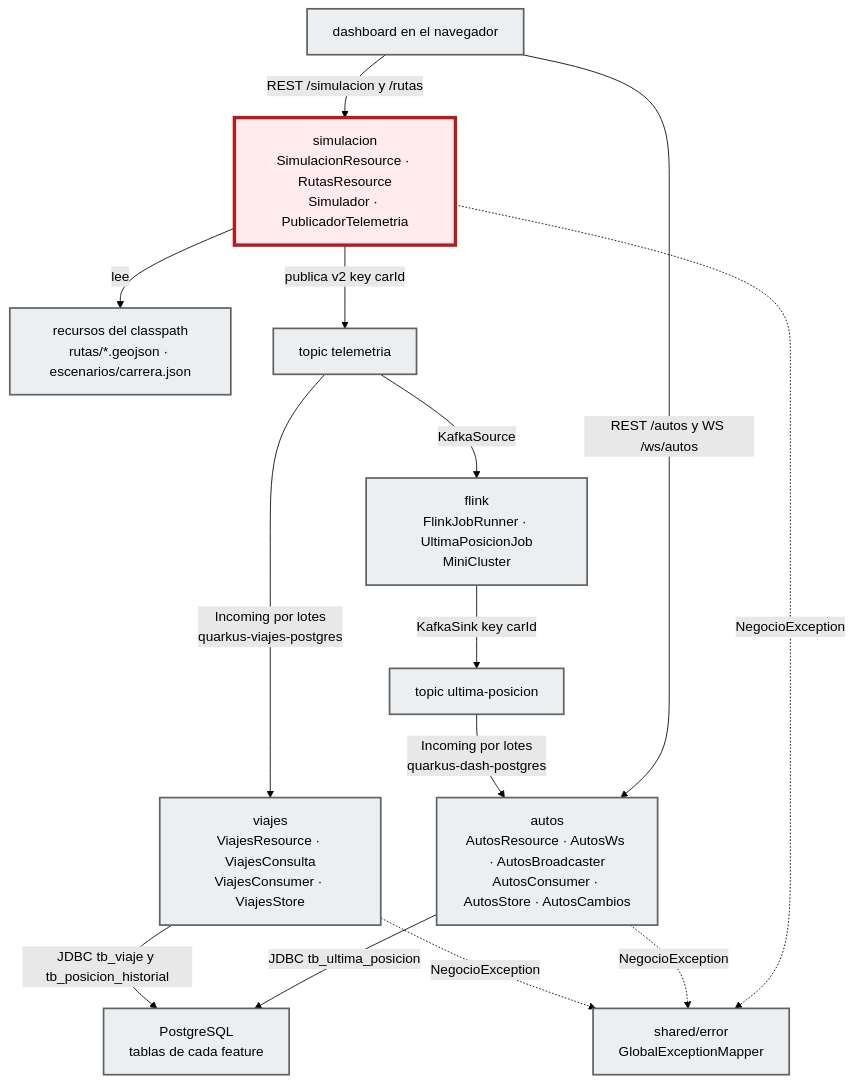
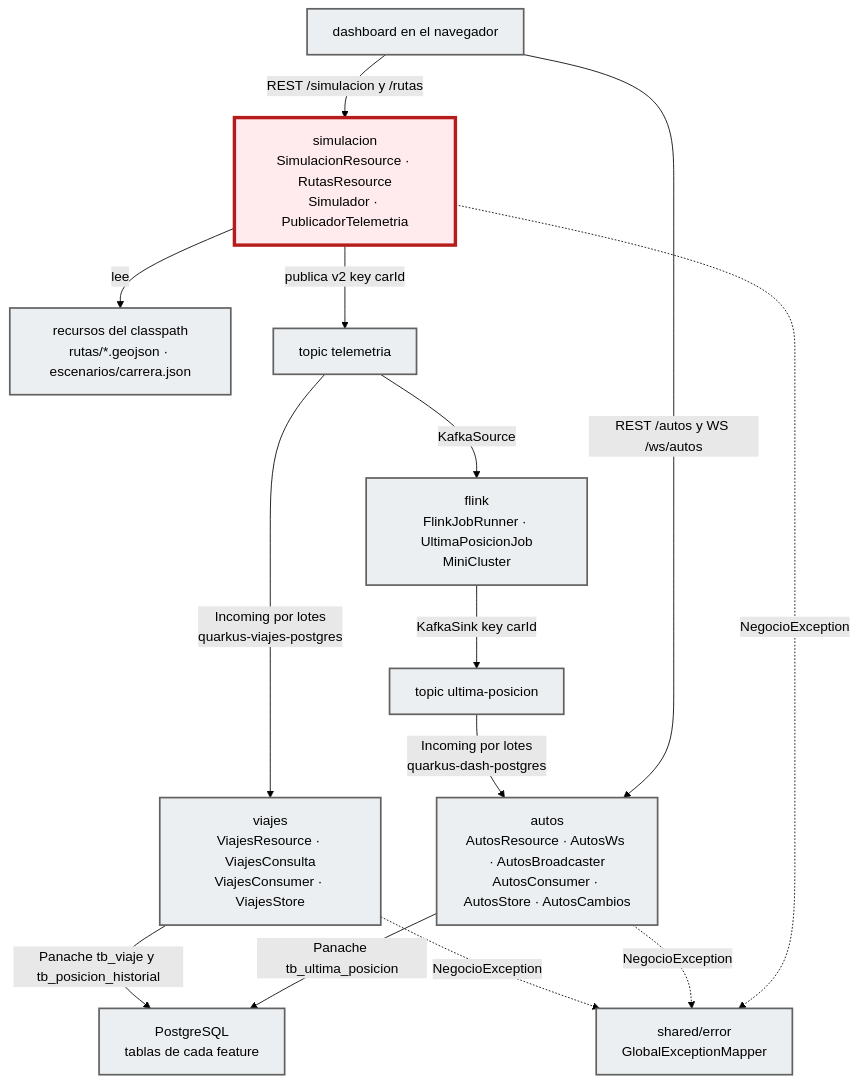
Before and after one commit to devbryan02/telemetry-flink-quarkus: the first of 7 diagrams in docs/c4/component.md, drawn with Mermaid (forest theme). The commit also changed other lines of this file and 5 other files, not shown here.

````diff
--- a/docs/c4/component.md
+++ b/docs/c4/component.md
@@ -42,30 +42,30 @@
 ```mermaid
 flowchart TB
   web["dashboard en el navegador"]
   sim["simulacion<br/>SimulacionResource · RutasResource<br/>Simulador · PublicadorTelemetria"]
   rec["recursos del classpath<br/>rutas/*.geojson · escenarios/carrera.json"]
   tel["topic telemetria"]
   flink["flink<br/>FlinkJobRunner · UltimaPosicionJob<br/>MiniCluster"]
   up["topic ultima-posicion"]
   autos["autos<br/>AutosResource · AutosWs · AutosBroadcaster<br/>AutosConsumer · AutosStore · AutosCambios"]
   viajes["viajes<br/>ViajesResource · ViajesConsulta<br/>ViajesConsumer · ViajesStore"]
   pg["PostgreSQL<br/>tablas de cada feature"]
   err["shared/error<br/>GlobalExceptionMapper"]
   web -->|"REST /simulacion y /rutas"| sim
   web -->|"REST /autos y WS /ws/autos"| autos
   sim -->|"lee"| rec
   sim -->|"publica v2 key carId"| tel
   tel -->|"KafkaSource"| flink
   flink -->|"KafkaSink key carId"| up
   up -->|"Incoming por lotes<br/>quarkus-dash-postgres"| autos
   tel -->|"Incoming por lotes<br/>quarkus-viajes-postgres"| viajes
-  autos -->|"JDBC tb_ultima_posicion"| pg
-  viajes -->|"JDBC tb_viaje y tb_posicion_historial"| pg
+  autos -->|"Panache tb_ultima_posicion"| pg
+  viajes -->|"Panache tb_viaje y tb_posicion_historial"| pg
   sim -.->|"NegocioException"| err
   autos -.->|"NegocioException"| err
   viajes -.->|"NegocioException"| err
   classDef other fill:#ECEFF1,stroke:#616161,stroke-width:2px,color:#000
   classDef focus fill:#FFEBEE,stroke:#B71C1C,stroke-width:4px,color:#000
   class web,rec,tel,flink,up,autos,viajes,pg,err other
   class sim focus
 ```
````
